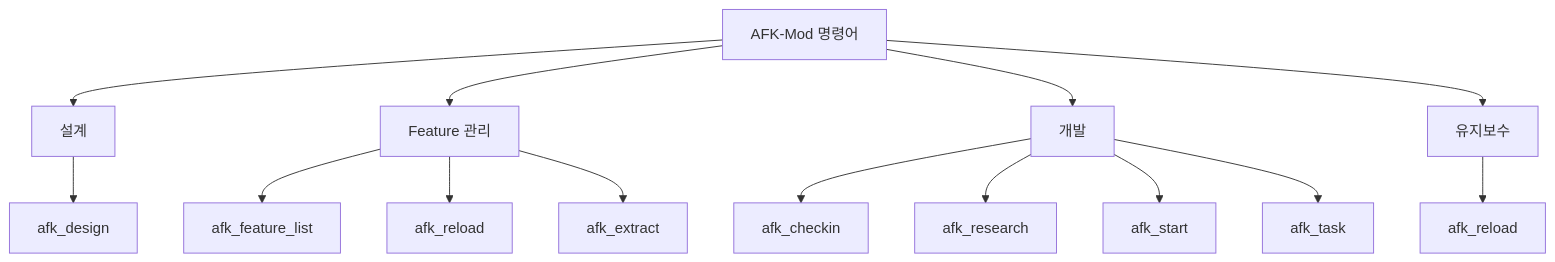
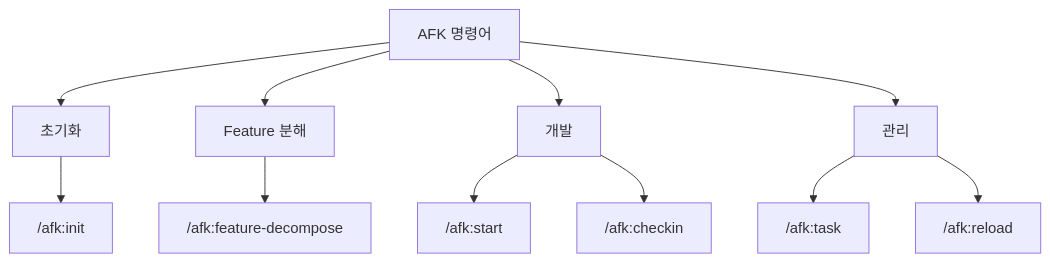
Before and after one commit to robinseo/afk-mod: the first of 8 diagrams in docs/commands.md, drawn with Mermaid. The commit also changed other lines of this file and 11 other files, not shown here.

````diff
--- a/docs/commands.md
+++ b/docs/commands.md
@@ -10,20 +7,17 @@
 ```mermaid
 flowchart TD
-    A[AFK-Mod 명령어] --> B[설계]
-    A --> C[Feature 관리]
+    A[AFK 명령어] --> B[초기화]
+    A --> C[Feature 분해]
     A --> D[개발]
-    A --> E[유지보수]
+    A --> E[관리]
 
-    B --> B1[afk_design]
+    B --> B1["/afk:init"]
 
-    C --> C1[afk_feature_list]
-    C --> C2[afk_reload]
-    C --> C3[afk_extract]
+    C --> C1["/afk:feature-decompose"]
 
-    D --> D1[afk_checkin]
-    D --> D2[afk_research]
-    D --> D3[afk_start]
-    D --> D4[afk_task]
+    D --> D1["/afk:start"]
+    D --> D2["/afk:checkin"]
 
-    E --> E1[afk_reload]
+    E --> E1["/afk:task"]
+    E --> E2["/afk:reload"]
 ```
````
